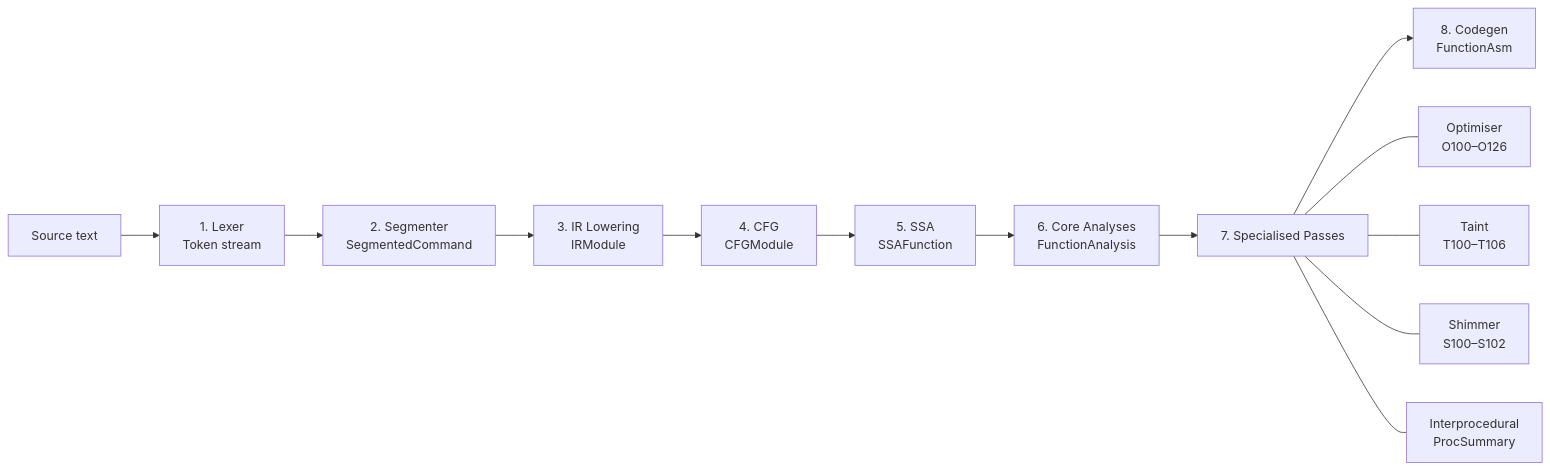
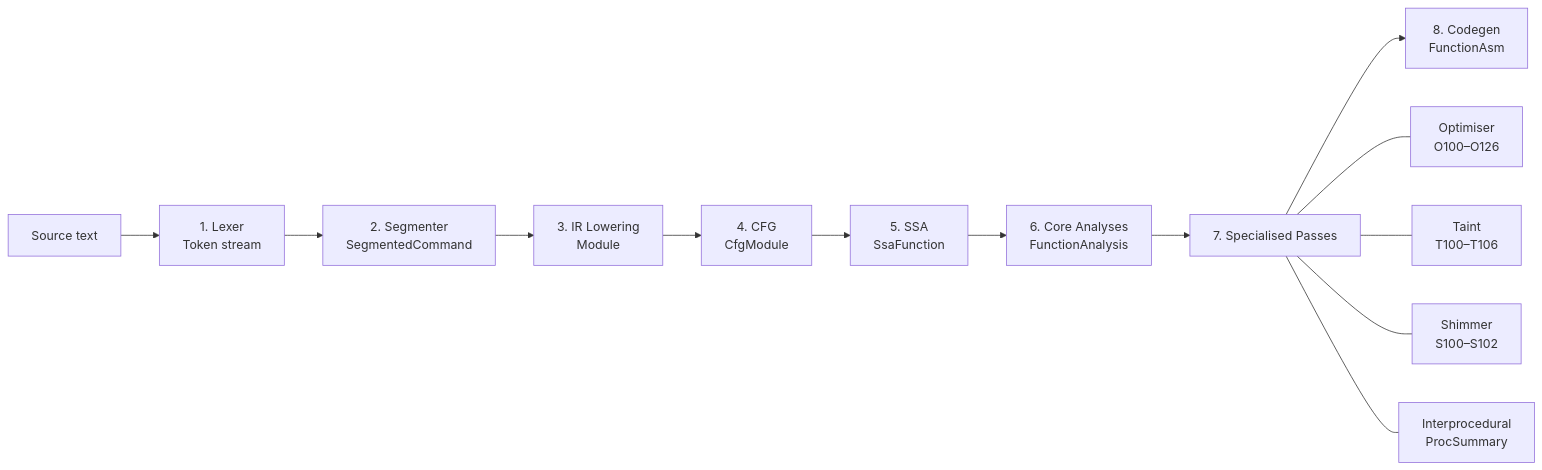
Before and after one commit to bitwisecook/tcl-lsp: the first of 33 diagrams in docs/GLOSSARY.md, drawn with Mermaid. The commit also changed other lines of this file, not shown here.

````diff
--- a/docs/GLOSSARY.md
+++ b/docs/GLOSSARY.md
@@ -11,16 +11,16 @@
 ```mermaid
 flowchart LR
     SRC["Source text"] --> LEX["1. Lexer<br/>Token stream"]
     LEX --> SEG["2. Segmenter<br/>SegmentedCommand"]
-    SEG --> IR["3. IR Lowering<br/>IRModule"]
-    IR --> CFG["4. CFG<br/>CFGModule"]
-    CFG --> SSA["5. SSA<br/>SSAFunction"]
+    SEG --> IR["3. IR Lowering<br/>Module"]
+    IR --> CFG["4. CFG<br/>CfgModule"]
+    CFG --> SSA["5. SSA<br/>SsaFunction"]
     SSA --> ANA["6. Core Analyses<br/>FunctionAnalysis"]
     ANA --> SP["7. Specialised Passes"]
     SP --> CG["8. Codegen<br/>FunctionAsm"]
 
     SP --- OPT["Optimiser<br/>O100–O126"]
     SP --- TAINT["Taint<br/>T100–T106"]
     SP --- SHIM["Shimmer<br/>S100–S102"]
     SP --- INTERP["Interprocedural<br/>ProcSummary"]
 ```
````
